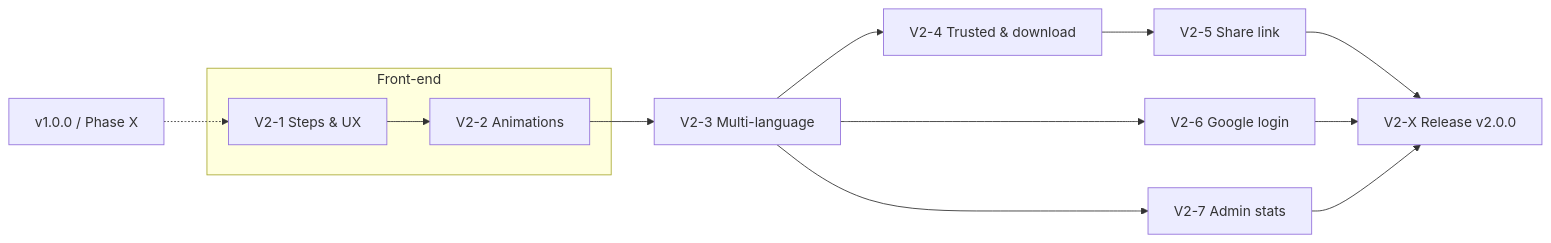
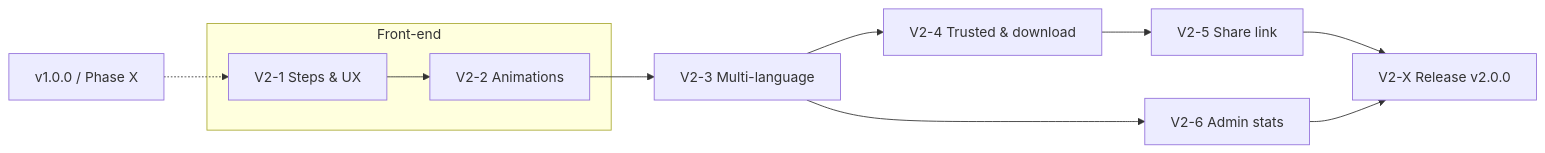
One commit to BertVanBaelen/TravelSteps changed the diagram in Analysis/V2/README.md. Above: the diagram before and after it, drawn with Mermaid. The commit also changed other lines of this file and 5 other files, not shown here.

Commit message:
docs(v2): remove Google login phase, renumber admin stats to V2-6

````diff
--- a/Analysis/V2/README.md
+++ b/Analysis/V2/README.md
@@ -25,15 +24,13 @@
 ```mermaid
 graph LR
   V1[v1.0.0 / Phase X] -.-> S1
   subgraph Front-end
     S1[V2-1 Steps & UX] --> S2[V2-2 Animations]
   end
   S2 --> S3[V2-3 Multi-language]
   S3 --> S4[V2-4 Trusted & download]
   S4 --> S5[V2-5 Share link]
-  S3 --> S6[V2-6 Google login]
-  S3 --> S7[V2-7 Admin stats]
+  S3 --> S6[V2-6 Admin stats]
   S5 --> SX[V2-X Release v2.0.0]
   S6 --> SX
-  S7 --> SX
 ```
````
